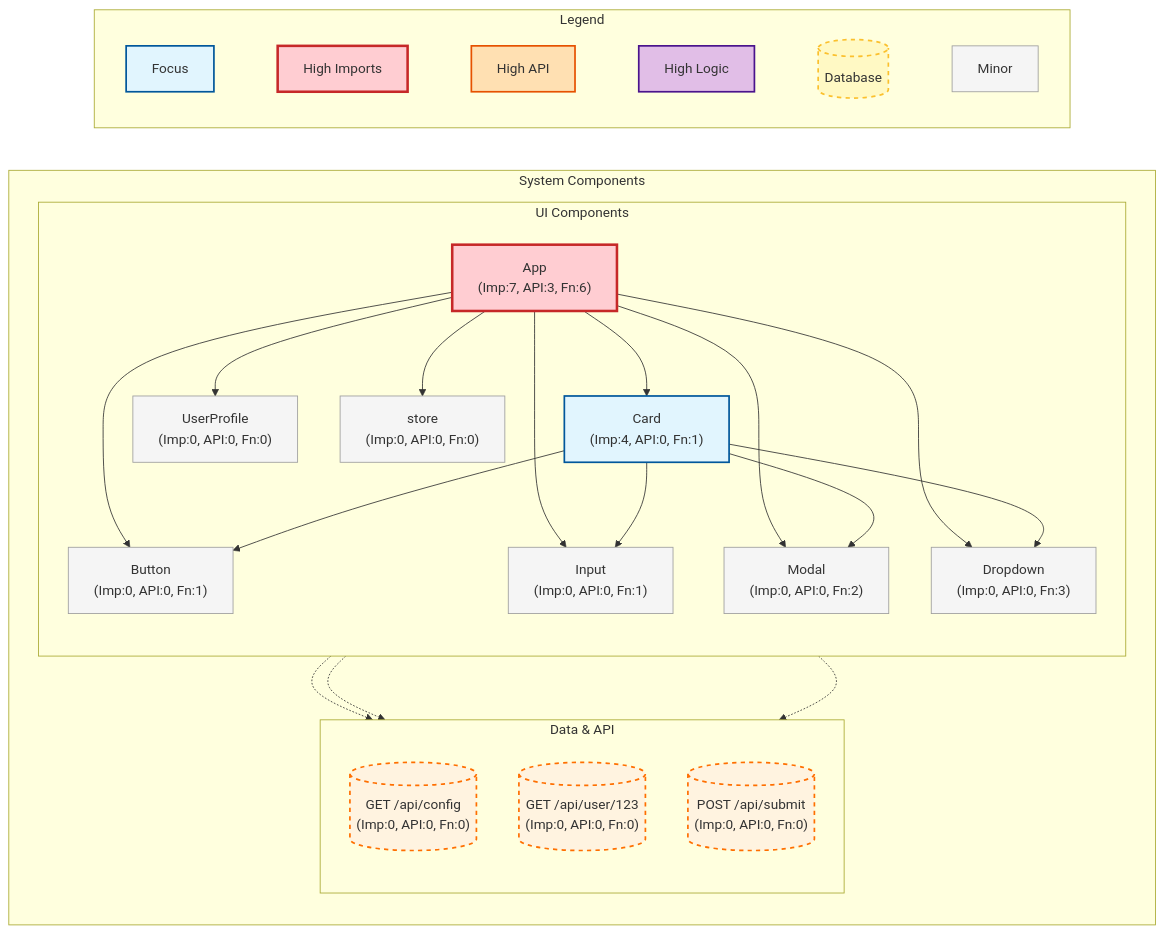
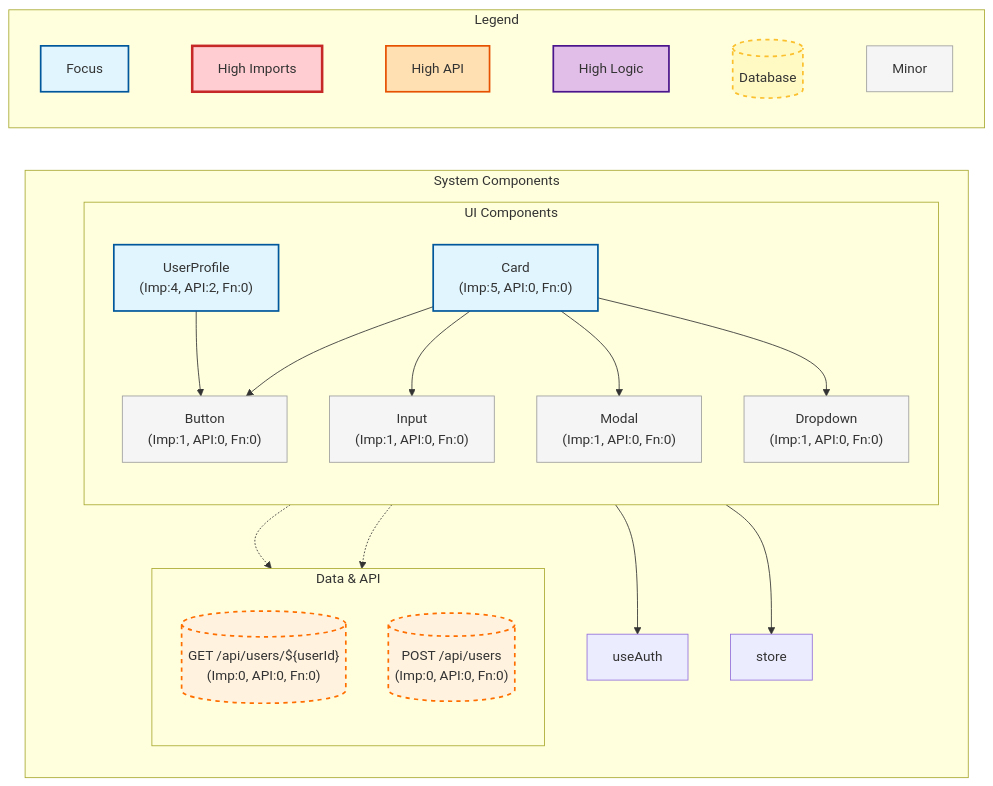
Before and after one commit to oslabs-beta/PatternBook: the first of 2 diagrams in services/test/fixtures/README.md, drawn with Mermaid. The commit also changed other lines of this file and 7 other files, not shown here.

````diff
--- a/services/test/fixtures/README.md
+++ b/services/test/fixtures/README.md
@@ -35,52 +34,43 @@
 ```mermaid
 graph TD;
     classDef component fill:#e1f5fe,stroke:#01579b,stroke-width:2px;
     classDef highImports fill:#ffcdd2,stroke:#c62828,stroke-width:3px;
     classDef highApi fill:#ffe0b2,stroke:#e65100,stroke-width:2px;
     classDef highLogic fill:#e1bee7,stroke:#4a148c,stroke-width:2px;
     classDef database fill:#fff9c4,stroke:#fbc02d,stroke-width:2px,stroke-dasharray: 5 5;
     classDef api fill:#fff3e0,stroke:#ff6f00,stroke-width:2px,stroke-dasharray: 5 5;
     classDef hook fill:#f3e5f5,stroke:#7b1fa2,stroke-width:1px;
     classDef store fill:#e0f2f1,stroke:#2e7d32,stroke-width:2px;
     classDef leaf fill:#f5f5f5,stroke:#9e9e9e,stroke-width:1px;
     subgraph Legend
         direction LR
         L_Focus["Focus"]:::component ~~~ L_Imp["High Imports"]:::highImports ~~~ L_API["High API"]:::highApi ~~~ L_Logic["High Logic"]:::highLogic ~~~ L_DB[("Database")]:::database ~~~ L_Minor["Minor"]:::leaf
     end
     subgraph System ["System Components"]
     direction TB
     subgraph UI_Layer ["UI Components"]
         direction TB
-    App["App\n(Imp:7, API:3, Fn:6)"]:::highImports
-    Card["Card\n(Imp:4, API:0, Fn:1)"]:::component
-    Button["Button\n(Imp:0, API:0, Fn:1)"]:::leaf
-    Input["Input\n(Imp:0, API:0, Fn:1)"]:::leaf
-    Modal["Modal\n(Imp:0, API:0, Fn:2)"]:::leaf
-    Dropdown["Dropdown\n(Imp:0, API:0, Fn:3)"]:::leaf
-    UserProfile["UserProfile\n(Imp:0, API:0, Fn:0)"]:::leaf
-    store["store\n(Imp:0, API:0, Fn:0)"]:::leaf
+    Button["Button\n(Imp:1, API:0, Fn:0)"]:::leaf
+    Card["Card\n(Imp:5, API:0, Fn:0)"]:::component
+    Dropdown["Dropdown\n(Imp:1, API:0, Fn:0)"]:::leaf
+    Input["Input\n(Imp:1, API:0, Fn:0)"]:::leaf
+    Modal["Modal\n(Imp:1, API:0, Fn:0)"]:::leaf
+    UserProfile["UserProfile\n(Imp:4, API:2, Fn:0)"]:::component
     end
     subgraph Data_Layer ["Data & API"]
         direction TB
-    API_GET__api_config[("GET /api/config\n(Imp:0, API:0, Fn:0)")]:::api
-    API_GET__api_user_123[("GET /api/user/123\n(Imp:0, API:0, Fn:0)")]:::api
-    API_POST__api_submit[("POST /api/submit\n(Imp:0, API:0, Fn:0)")]:::api
+    API_GET__api_users___userId_[("GET /api/users/${userId}\n(Imp:0, API:0, Fn:0)")]:::api
+    API_POST__api_users[("POST /api/users\n(Imp:0, API:0, Fn:0)")]:::api
     end
-    App --> Card
-    App --> Button
-    App --> Input
-    App --> Modal
-    App --> Dropdown
-    App --> UserProfile
-    App --> store
-    App -.-> API_GET__api_config
-    App -.-> API_GET__api_user_123
-    App -.-> API_POST__api_submit
     Card --> Button
     Card --> Input
     Card --> Modal
     Card --> Dropdown
+    UserProfile -.-> API_GET__api_users___userId_
+    UserProfile -.-> API_POST__api_users
+    UserProfile --> Button
+    UserProfile --> useAuth
+    UserProfile --> store
     end
-    UI_Layer ~~~ Data_Layer
     Legend ~~~ System
 ```
````
